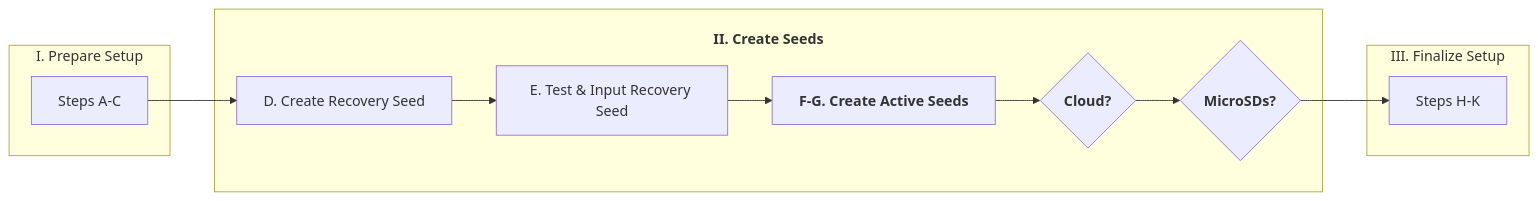
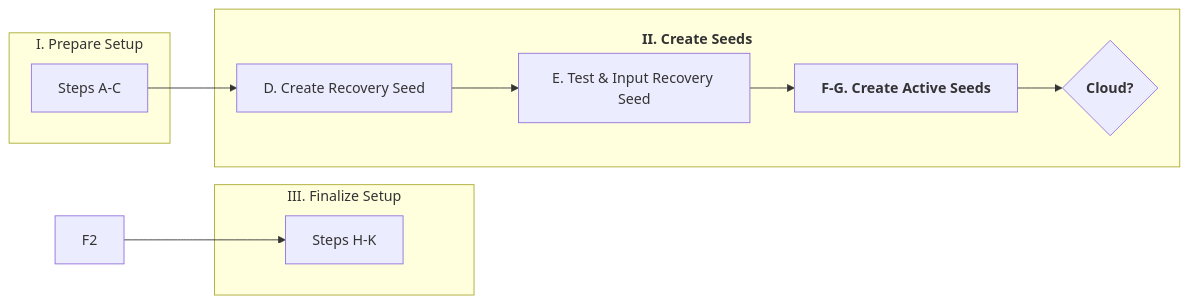
One commit to BlockchainCommons/SmartCustody changed diagram 12 of 20 in Docs/Scenario-Multisig.md. Above: the diagram before and after it, drawn with Mermaid. The commit also changed other lines of this file, not shown here.

````diff
--- a/Docs/Scenario-Multisig.md
+++ b/Docs/Scenario-Multisig.md
@@ -456,19 +485,18 @@
 ```mermaid
     graph LR;
     subgraph 1[I. Prepare Setup]
     C[Steps A-C]
     end
     subgraph 2[<h4>II. Create Seeds</h4>]
     D[D. Create Recovery Seed]
     E[E. Test & Input Recovery Seed]
     F[<b>F-G. Create Active Seeds</b>]
     F1{<b>Cloud?</b>}
-    F2{<b>MicroSDs?</b>}
-    D-->E-->F-->F1-->F2
+    D-->E-->F-->F1
     end
     subgraph 3[III. Finalize Setup]
     H[Steps H-K]
     end
     C-->D
     F2-->H
 ```
````
